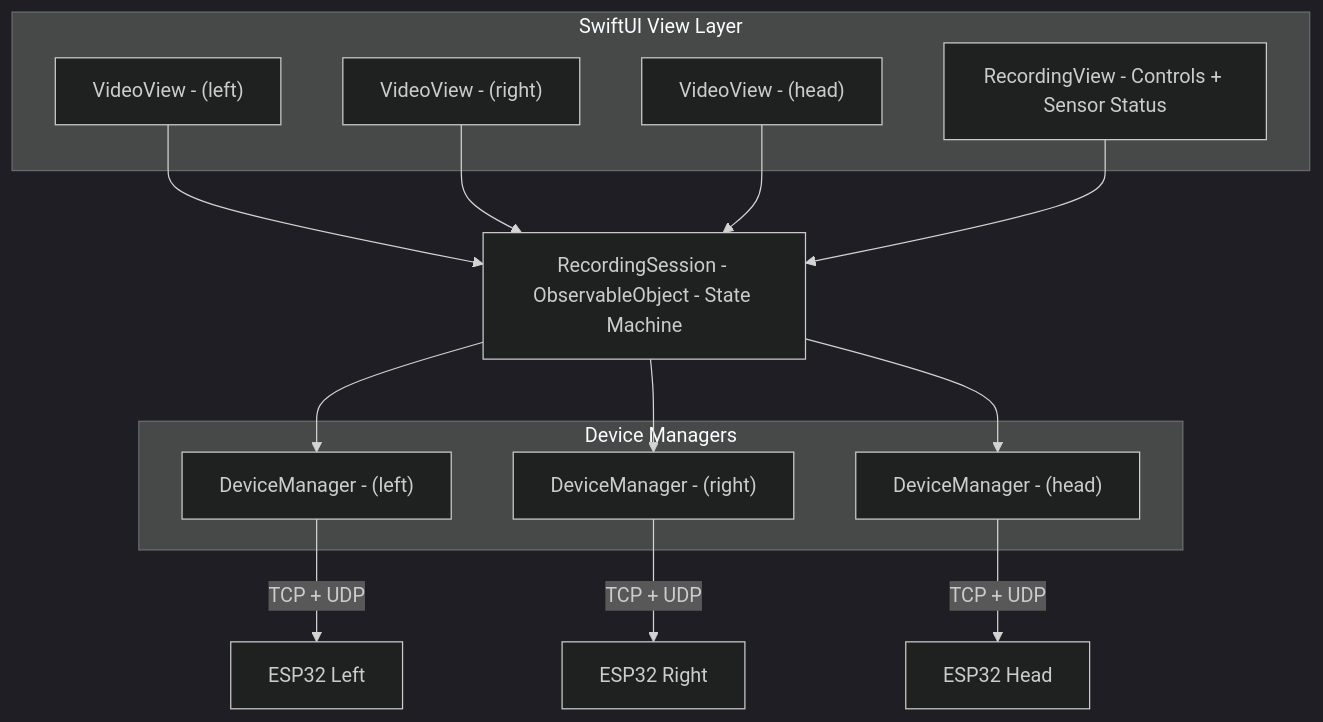
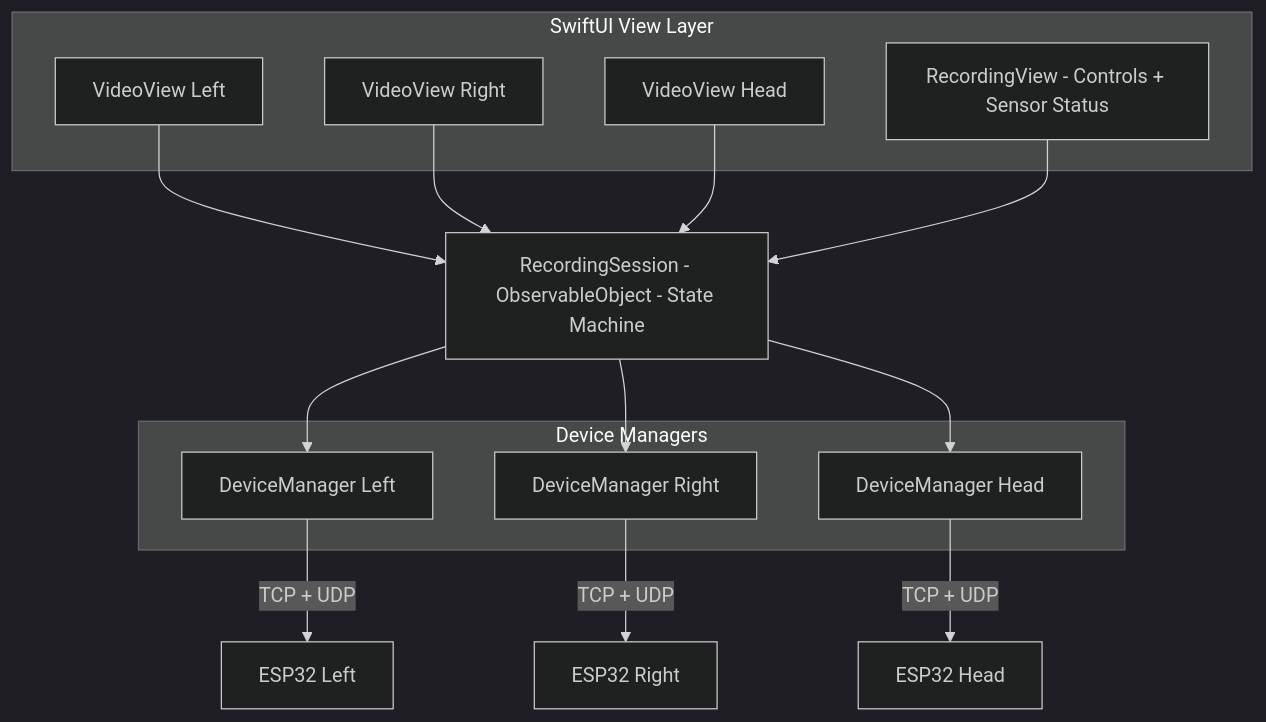
One commit to Auromix/OpenUMI changed the diagram in docs/design/04-ios-app-design.md. Above: the diagram before and after it, drawn with Mermaid (dark theme). The commit also changed 5 other files, not shown here.

First line of the commit message:
Fix Mermaid: remove emoji, parentheses, simplify all labels

````diff
--- a/docs/design/04-ios-app-design.md
+++ b/docs/design/04-ios-app-design.md
@@ -24,28 +24,28 @@
 ```mermaid
 graph TD
     subgraph UI["SwiftUI View Layer"]
-        VL["VideoView - (left)"]
-        VR["VideoView - (right)"]
-        VH["VideoView - (head)"]
+        VL["VideoView Left"]
+        VR["VideoView Right"]
+        VH["VideoView Head"]
         RV["RecordingView - Controls + Sensor Status"]
     end
 
     RS["RecordingSession - ObservableObject - State Machine"]
 
     subgraph DM["Device Managers"]
-        DML["DeviceManager - (left)"]
-        DMR["DeviceManager - (right)"]
-        DMH["DeviceManager - (head)"]
+        DML["DeviceManager Left"]
+        DMR["DeviceManager Right"]
+        DMH["DeviceManager Head"]
     end
 
     VL --> RS
     VR --> RS
     VH --> RS
     RV --> RS
     RS --> DML
     RS --> DMR
     RS --> DMH
     DML -- "TCP + UDP" --> ESP1["ESP32 Left"]
     DMR -- "TCP + UDP" --> ESP2["ESP32 Right"]
     DMH -- "TCP + UDP" --> ESP3["ESP32 Head"]
 ```
````
